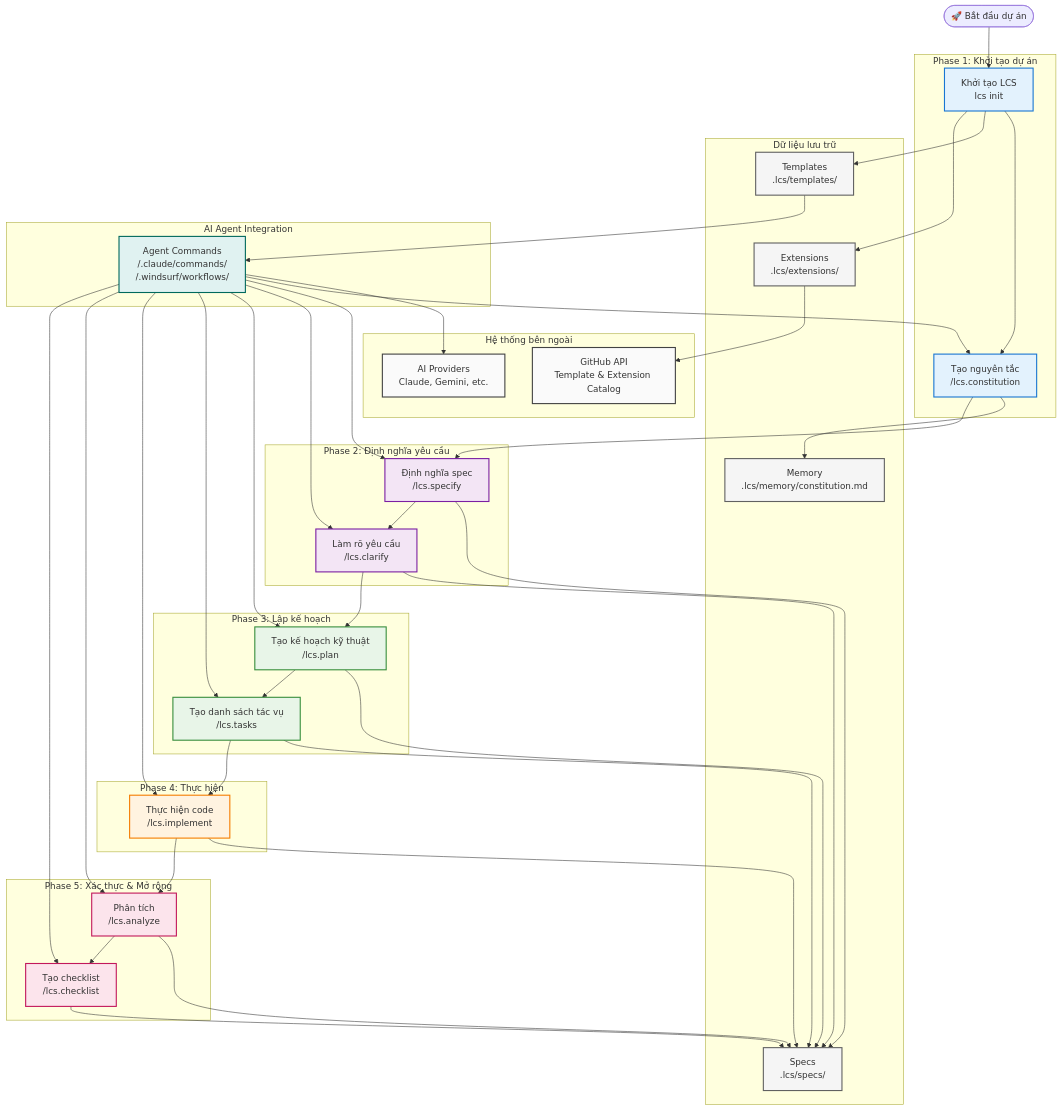
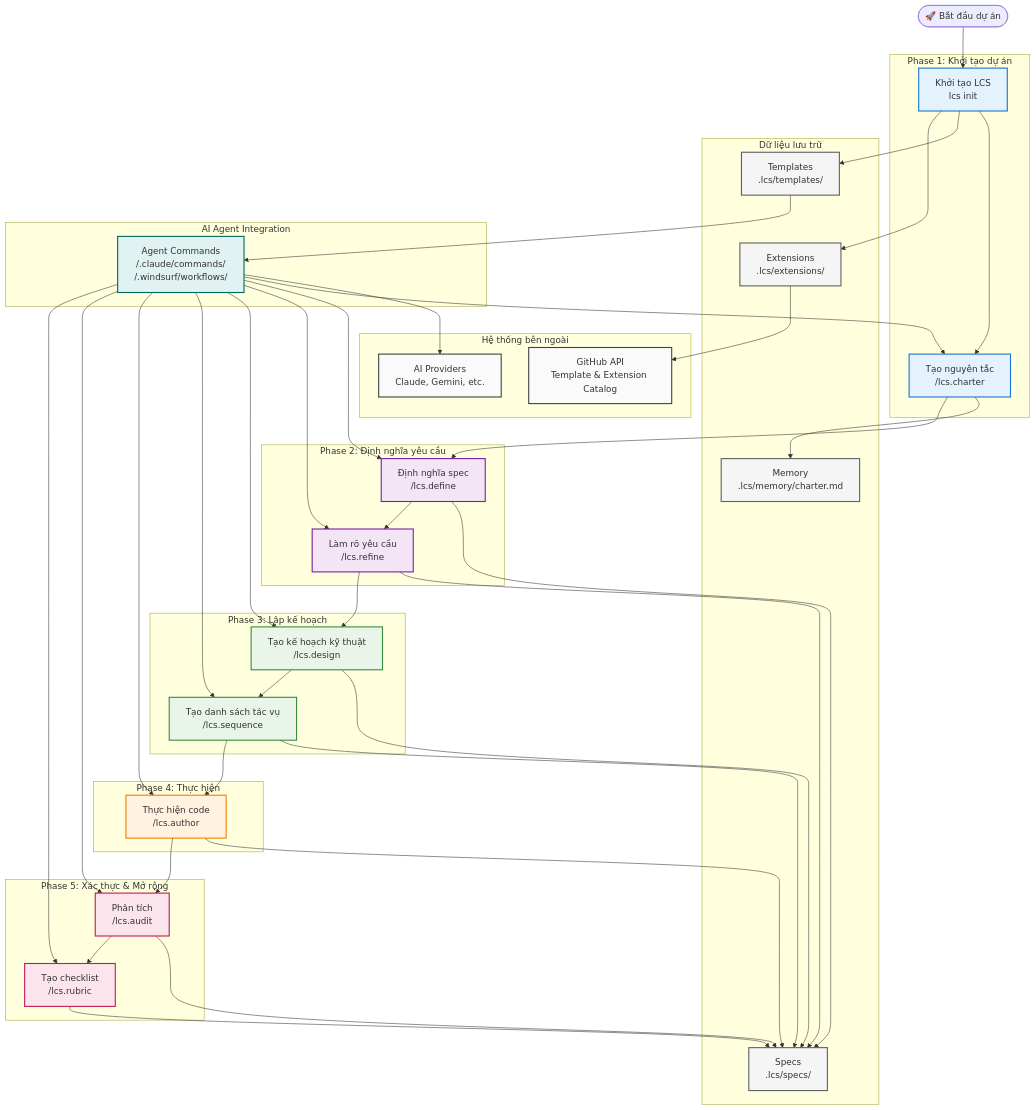
The diagram in docs/system/architect/spec-driven-workflow.md (maemreyo/learning-content-specifier), drawn with Mermaid before and after one commit. The commit also changed 48 other files, not shown here.

```diff
--- a/docs/system/architect/spec-driven-workflow.md
+++ b/docs/system/architect/spec-driven-workflow.md
@@ -6,35 +6,35 @@
     %% Phase 1: Project Initialization
     subgraph "Phase 1: Khởi tạo dự án"
         Init[Khởi tạo LCS<br/>lcs init]
-        Constitution[Tạo nguyên tắc<br/>/lcs.constitution]
+        Constitution[Tạo nguyên tắc<br/>/lcs.charter]
     end
 
     %% Phase 2: Specification
     subgraph "Phase 2: Định nghĩa yêu cầu"
-        Specify[Định nghĩa spec<br/>/lcs.specify]
-        Clarify[Làm rõ yêu cầu<br/>/lcs.clarify]
+        Specify[Định nghĩa spec<br/>/lcs.define]
+        Clarify[Làm rõ yêu cầu<br/>/lcs.refine]
     end
 
     %% Phase 3: Planning
     subgraph "Phase 3: Lập kế hoạch"
-        Plan[Tạo kế hoạch kỹ thuật<br/>/lcs.plan]
-        Tasks[Tạo danh sách tác vụ<br/>/lcs.tasks]
+        Plan[Tạo kế hoạch kỹ thuật<br/>/lcs.design]
+        Tasks[Tạo danh sách tác vụ<br/>/lcs.sequence]
     end
 
     %% Phase 4: Implementation
     subgraph "Phase 4: Thực hiện"
-        Implement[Thực hiện code<br/>/lcs.implement]
+        Implement[Thực hiện code<br/>/lcs.author]
     end
 
     %% Phase 5: Validation & Extension
     subgraph "Phase 5: Xác thực & Mở rộng"
-        Analyze[Phân tích<br/>/lcs.analyze]
-        Checklist[Tạo checklist<br/>/lcs.checklist]
+        Analyze[Phân tích<br/>/lcs.audit]
+        Checklist[Tạo checklist<br/>/lcs.rubric]
     end
 
     %% Data Stores
     subgraph "Dữ liệu lưu trữ"
-        Memory[Memory<br/>.lcs/memory/constitution.md]
+        Memory[Memory<br/>.lcs/memory/charter.md]
         Specs[Specs<br/>.lcs/specs/]
         Templates[Templates<br/>.lcs/templates/]
         Extensions[Extensions<br/>.lcs/extensions/]
```
